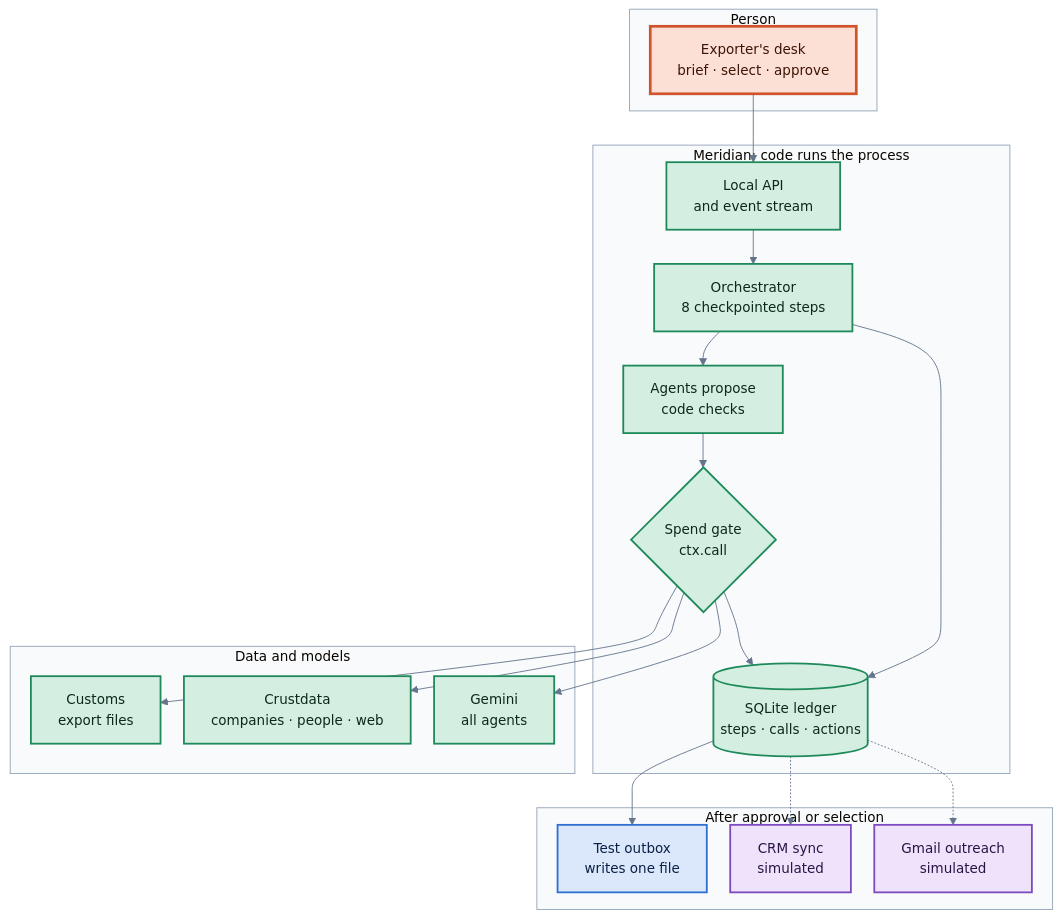
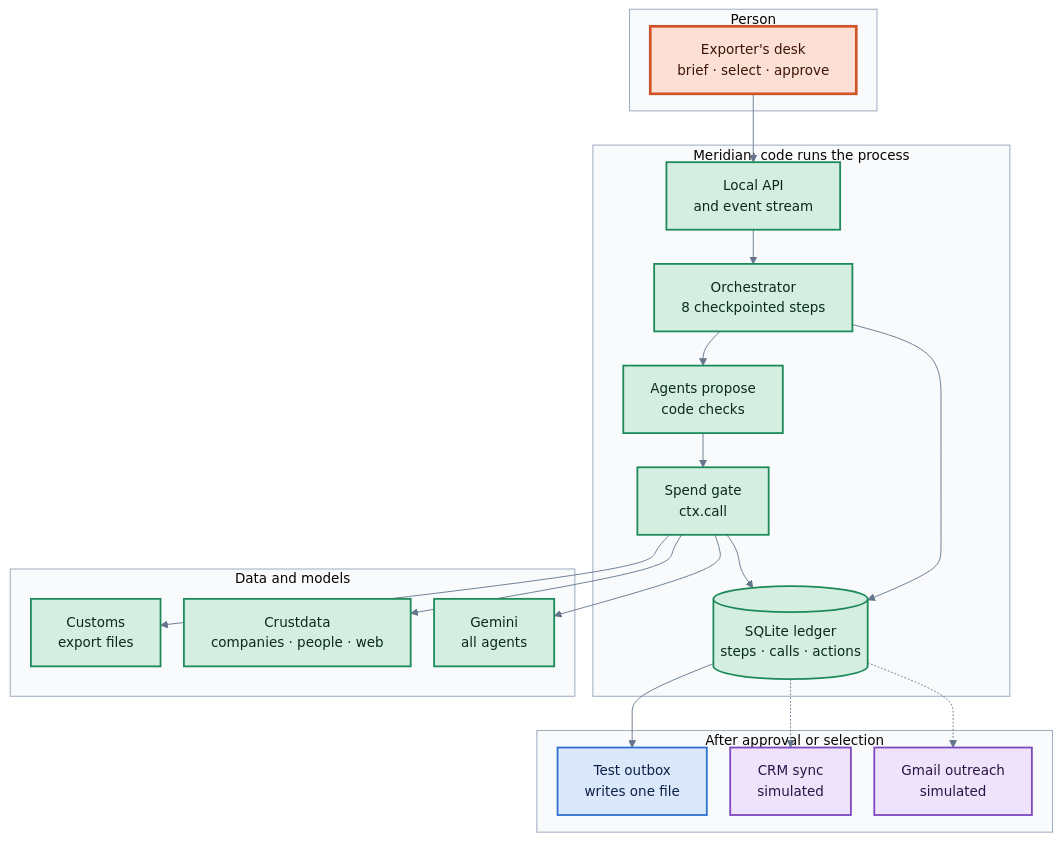
The first of 4 diagrams in README.md (DityaSen29/tradescout), drawn with Mermaid before and after one commit. The commit also changed other lines of this file, not shown here.

Commit message:
README: tighten diagram sizing and dark-mode legibility

````diff
--- a/README.md
+++ b/README.md
@@ -318,36 +318,36 @@
 ```mermaid
 %%{init: {"theme":"base","themeVariables":{"fontSize":"15px","lineColor":"#64748b","clusterBkg":"#f8fafc","clusterBorder":"#94a3b8","edgeLabelBackground":"#ffffff"},"flowchart":{"nodeSpacing":26,"rankSpacing":38,"curve":"basis"}}}%%
 flowchart TB
   subgraph PEOPLE["Person"]
     UI["Exporter's desk<br/>brief · select · approve"]:::human
   end
   subgraph CORE["Meridian: code runs the process"]
     API["Local API<br/>and event stream"]:::live
     ORCH["Orchestrator<br/>8 checkpointed steps"]:::live
     AG["Agents propose<br/>code checks"]:::live
-    GATE{"Spend gate<br/>ctx.call"}:::live
+    GATE["Spend gate<br/>ctx.call"]:::live
     DB[("SQLite ledger<br/>steps · calls · actions")]:::live
   end
   subgraph DATA["Data and models"]
     CU["Customs<br/>export files"]:::live
     CD["Crustdata<br/>companies · people · web"]:::live
     GM["Gemini<br/>all agents"]:::live
   end
   subgraph OUT["After approval or selection"]
     BOX["Test outbox<br/>writes one file"]:::tested
     CRM["CRM sync<br/>simulated"]:::sim
     MAIL["Gmail outreach<br/>simulated"]:::sim
   end
   UI --> API --> ORCH
   ORCH --> AG --> GATE
   ORCH --> DB
   GATE --> DB
   GATE --> CU & CD & GM
   DB --> BOX
   DB -.-> CRM
   DB -.-> MAIL
   classDef live fill:#d4efe1,stroke:#1e8a5a,stroke-width:2px,color:#0b2a1c
   classDef tested fill:#dbe7fb,stroke:#2f6fd0,stroke-width:2px,color:#0c2147
   classDef sim fill:#eee3fa,stroke:#7c4bc0,stroke-width:2px,color:#2a1446
   classDef human fill:#fde0d5,stroke:#d0542a,stroke-width:3px,color:#3d1405
 ```
````
